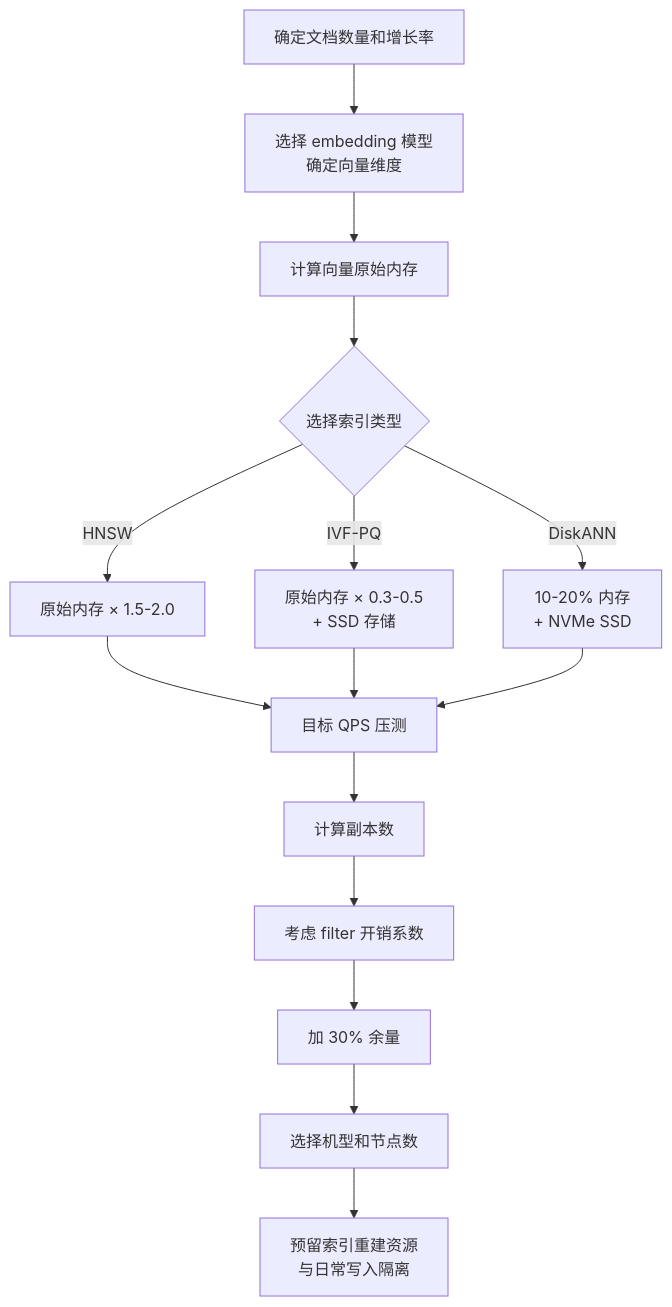
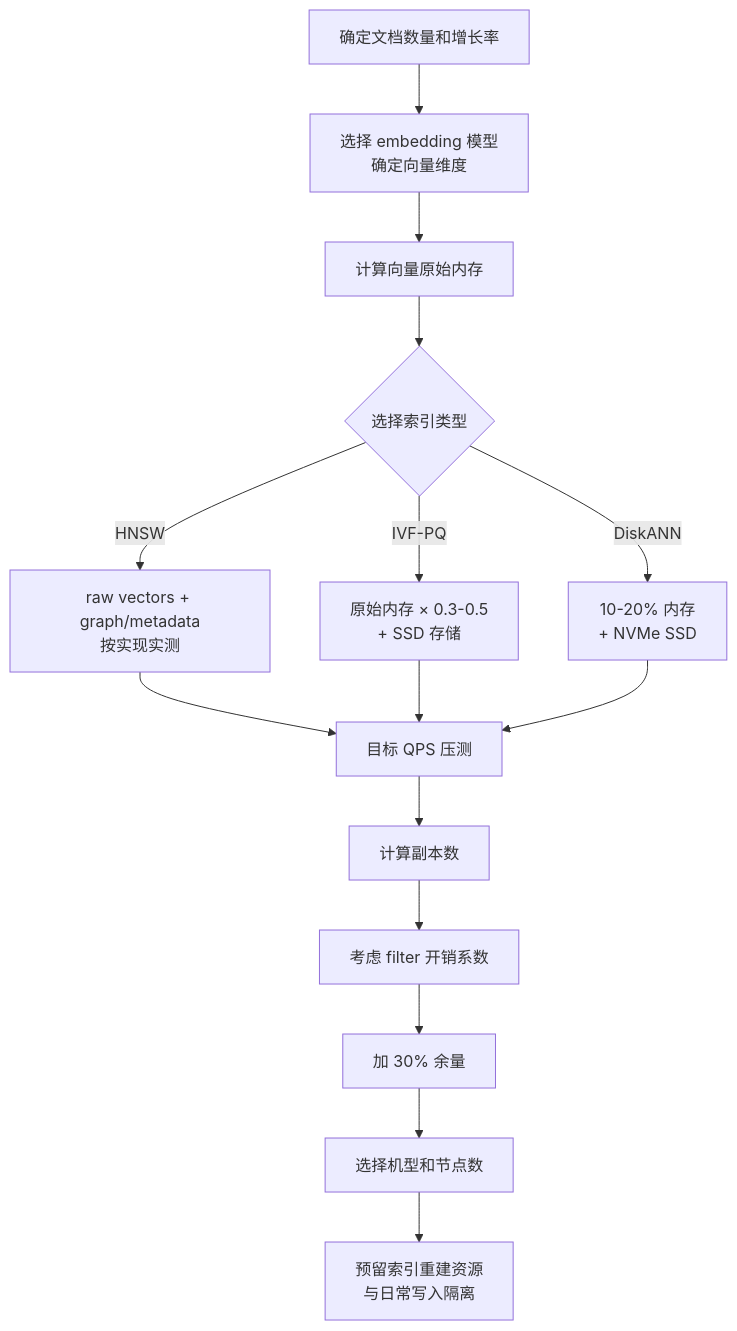
The sixth of 7 diagrams in ai-infra-tutorial/part4-data-and-storage/13c-vector-db-selection-and-operations.md (qxhy123/learn), drawn with Mermaid before and after one commit. The commit also changed other lines of this file and 1 other file, not shown here.

````diff
--- a/ai-infra-tutorial/part4-data-and-storage/13c-vector-db-selection-and-operations.md
+++ b/ai-infra-tutorial/part4-data-and-storage/13c-vector-db-selection-and-operations.md
@@ -409,17 +412,17 @@
 ```mermaid
 flowchart TD
   A[确定文档数量和增长率] --> B[选择 embedding 模型\n确定向量维度]
   B --> C[计算向量原始内存]
   C --> D{选择索引类型}
-  D -->|HNSW| E[原始内存 × 1.5-2.0]
+  D -->|HNSW| E[raw vectors + graph/metadata\n按实现实测]
   D -->|IVF-PQ| F[原始内存 × 0.3-0.5\n+ SSD 存储]
   D -->|DiskANN| G[10-20% 内存\n+ NVMe SSD]
   E --> H[目标 QPS 压测]
   F --> H
   G --> H
   H --> I[计算副本数]
   I --> J[考虑 filter 开销系数]
   J --> K[加 30% 余量]
   K --> L[选择机型和节点数]
   L --> M[预留索引重建资源\n与日常写入隔离]
 ```
````
